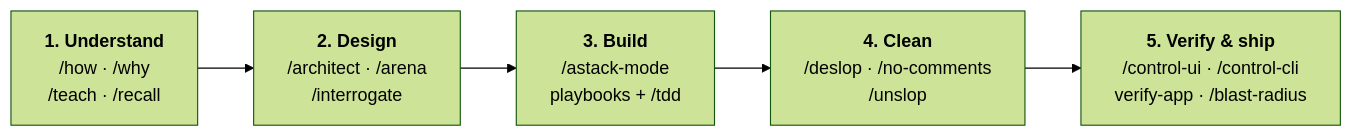
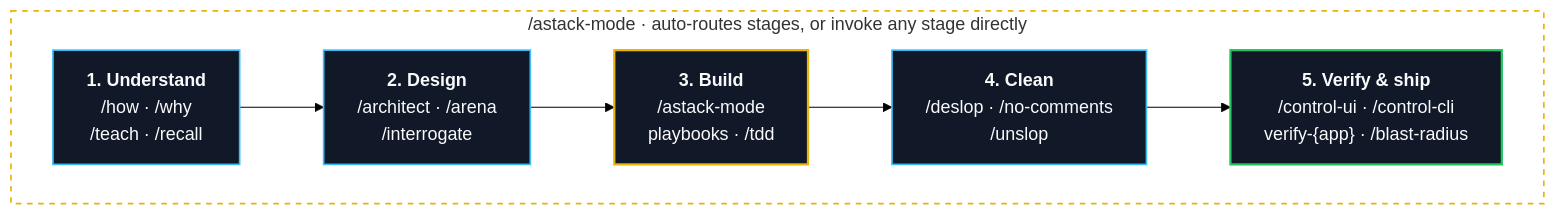
Before and after one commit to jmxt3/astack: the diagram in README.md, drawn with Mermaid (forest theme). The commit also changed other lines of this file and 9 other files, not shown here.

````diff
--- a/README.md
+++ b/README.md
@@ -76,20 +76,31 @@
 ```mermaid
 flowchart LR
-    S1["`**1. Understand**
+    subgraph Router["/astack-mode · auto-routes stages, or invoke any stage directly"]
+        direction LR
+        S1["`**1. Understand**
 /how · /why
 /teach · /recall`"]
-    S2["`**2. Design**
+        S2["`**2. Design**
 /architect · /arena
 /interrogate`"]
-    S3["`**3. Build**
+        S3["`**3. Build**
 /astack-mode
-playbooks + /tdd`"]
-    S4["`**4. Clean**
+playbooks · /tdd`"]
+        S4["`**4. Clean**
 /deslop · /no-comments
 /unslop`"]
-    S5["`**5. Verify & ship**
+        S5["`**5. Verify & ship**
 /control-ui · /control-cli
-verify-app · /blast-radius`"]
+verify-{app} · /blast-radius`"]
 
-    S1 --> S2 --> S3 --> S4 --> S5
+        S1 --> S2 --> S3 --> S4 --> S5
+    end
+
+    style Router fill:transparent,stroke:#eab308,stroke-width:1.5px,stroke-dasharray:5 5
+    classDef stage fill:#111827,stroke:#38bdf8,stroke-width:1.5px,color:#f9fafb
+    classDef build fill:#111827,stroke:#eab308,stroke-width:2px,color:#f9fafb
+    classDef verify fill:#111827,stroke:#22c55e,stroke-width:2px,color:#f9fafb
+    class S1,S2,S4 stage
+    class S3 build
+    class S5 verify
 ```
````
